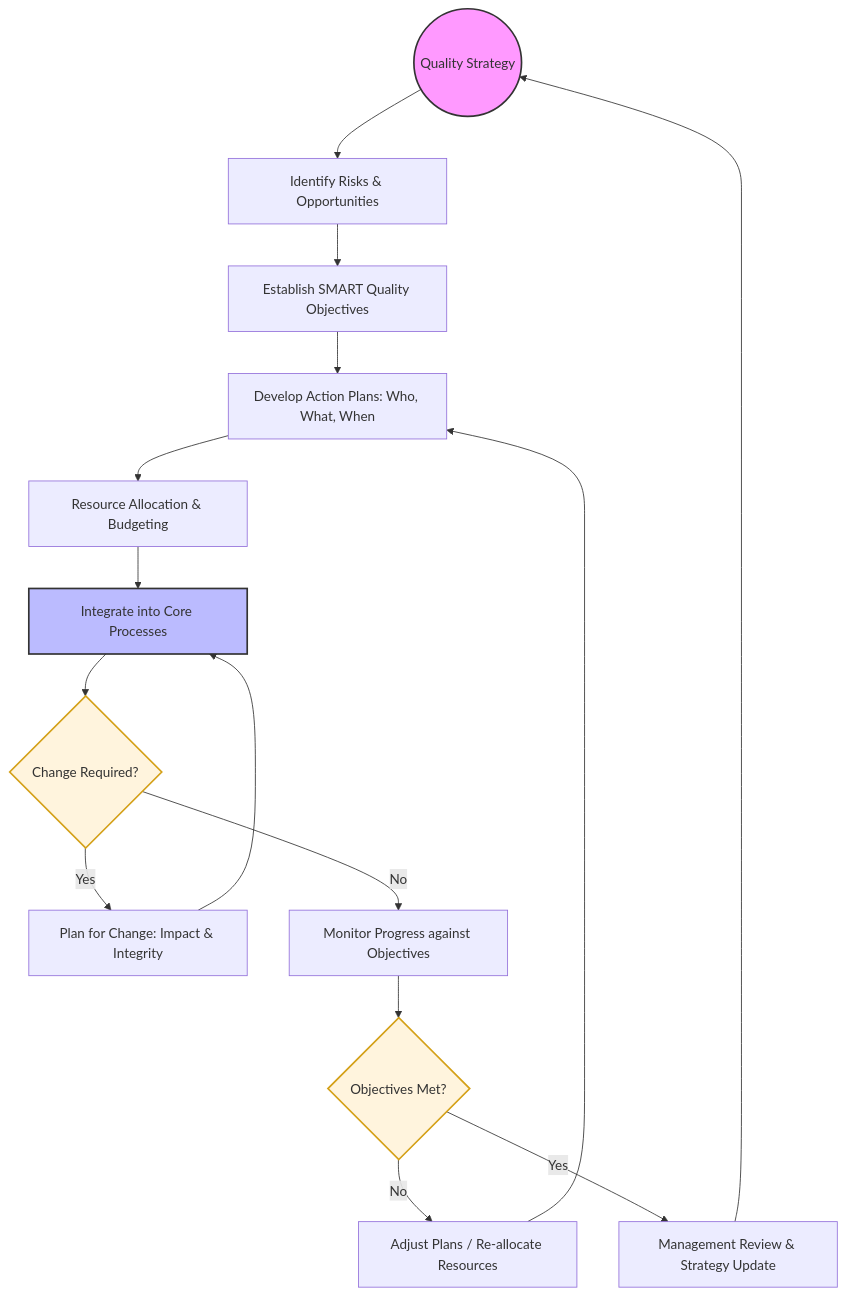
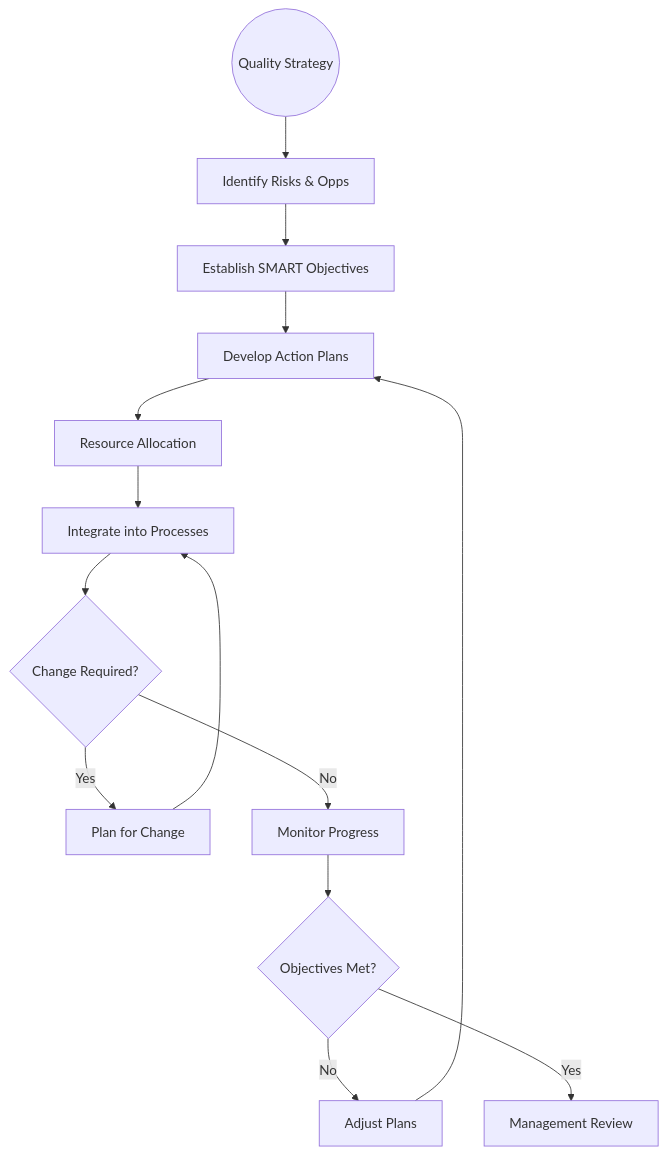
The diagram in HWB-COMPANY/HWB-QMS/HWB-QMS-6.0 Quality Planning Process SOP with Flowchart.md (Humbertoed11/hwb-institutional-website), drawn with Mermaid before and after one commit. The commit also changed other lines of this file and 236 other files, not shown here.

````diff
--- a/HWB-COMPANY/HWB-QMS/HWB-QMS-6.0 Quality Planning Process SOP with Flowchart.md
+++ b/HWB-COMPANY/HWB-QMS/HWB-QMS-6.0 Quality Planning Process SOP with Flowchart.md
@@ -30,38 +25,16 @@
 ```mermaid
 graph TD
-    %% Start of Process
-    Start((Quality Strategy)) --> RiskAsses[Identify Risks & Opportunities]
-    
-    %% Objective Setting Phase
-    RiskAsses --> Objectives[Establish SMART Quality Objectives]
-    
-    %% Resource & Action Planning
-    Objectives --> ActionPlan[Develop Action Plans: Who, What, When]
-    ActionPlan --> ResourceAlloc[Resource Allocation & Budgeting]
-    
-    %% Integration Phase
-    ResourceAlloc --> Integration[Integrate into Core Processes]
-    
-    %% Change Management Phase
+    Start((Quality Strategy)) --> RiskAsses[Identify Risks & Opps]
+    RiskAsses --> Objectives[Establish SMART Objectives]
+    Objectives --> ActionPlan[Develop Action Plans]
+    ActionPlan --> ResourceAlloc[Resource Allocation]
+    ResourceAlloc --> Integration[Integrate into Processes]
     Integration --> ChangeControl{Change Required?}
-    
-    ChangeControl -- Yes --> PlanChange[Plan for Change: Impact & Integrity]
+    ChangeControl -- Yes --> PlanChange[Plan for Change]
     PlanChange --> Integration
-    
-    %% Monitoring Phase
-    ChangeControl -- No --> Monitoring[Monitor Progress against Objectives]
-    
-    %% Review Phase
+    ChangeControl -- No --> Monitoring[Monitor Progress]
     Monitoring --> Review{Objectives Met?}
-    Review -- No --> Adjust[Adjust Plans / Re-allocate Resources]
+    Review -- No --> Adjust[Adjust Plans]
     Adjust --> ActionPlan
-    
-    Review -- Yes --> ManagementReview[Management Review & Strategy Update]
-    ManagementReview --> Start
-
-    %% Styling
-    style Start fill:#f9f,stroke:#333,stroke-width:2px
-    style Integration fill:#bbf,stroke:#333,stroke-width:2px
-    style ChangeControl fill:#fff4dd,stroke:#d4a017,stroke-width:2px
-    style Review fill:#fff4dd,stroke:#d4a017,stroke-width:2px
+    Review -- Yes --> ManagementReview[Management Review]
 ```
````
